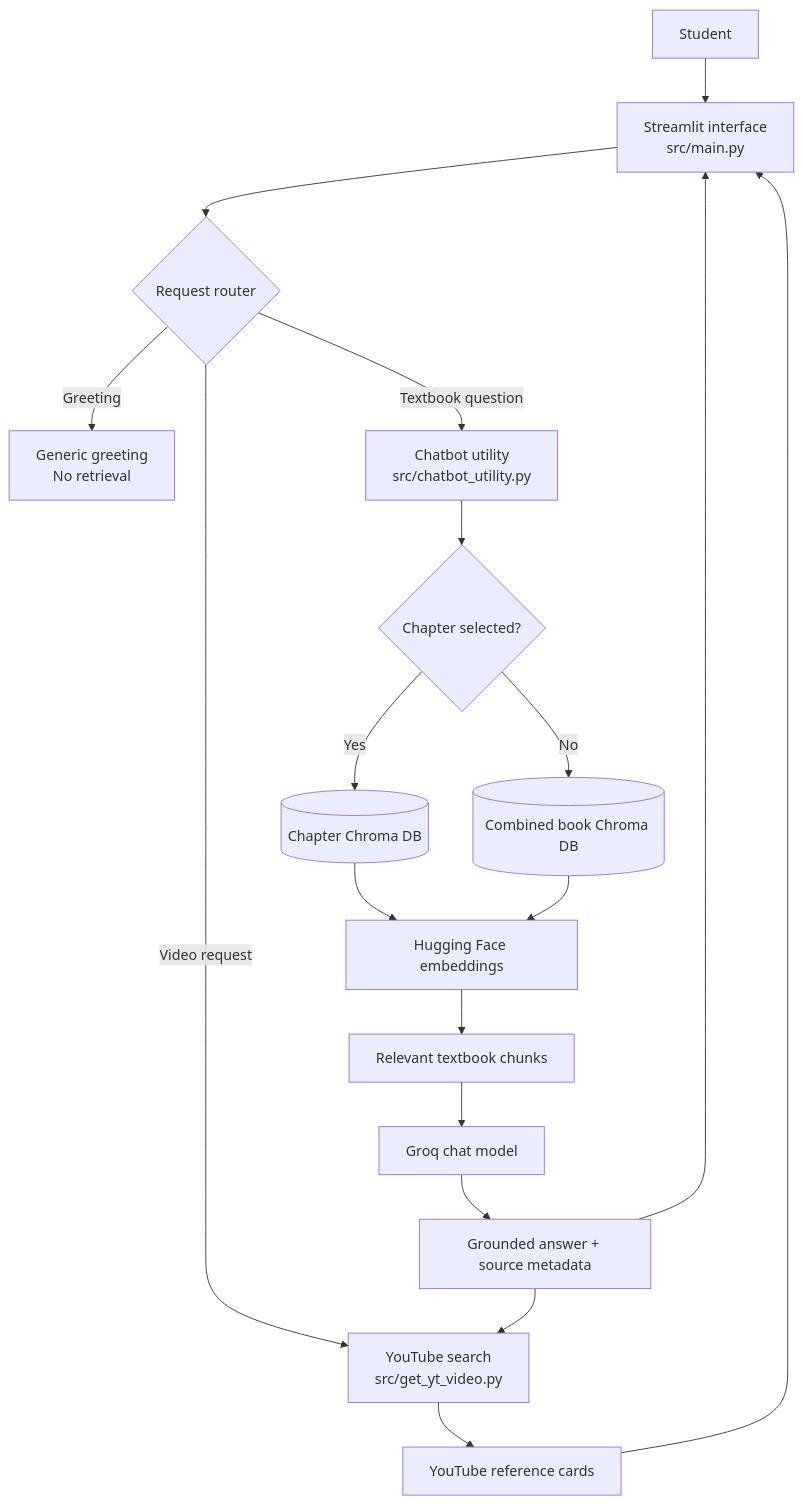
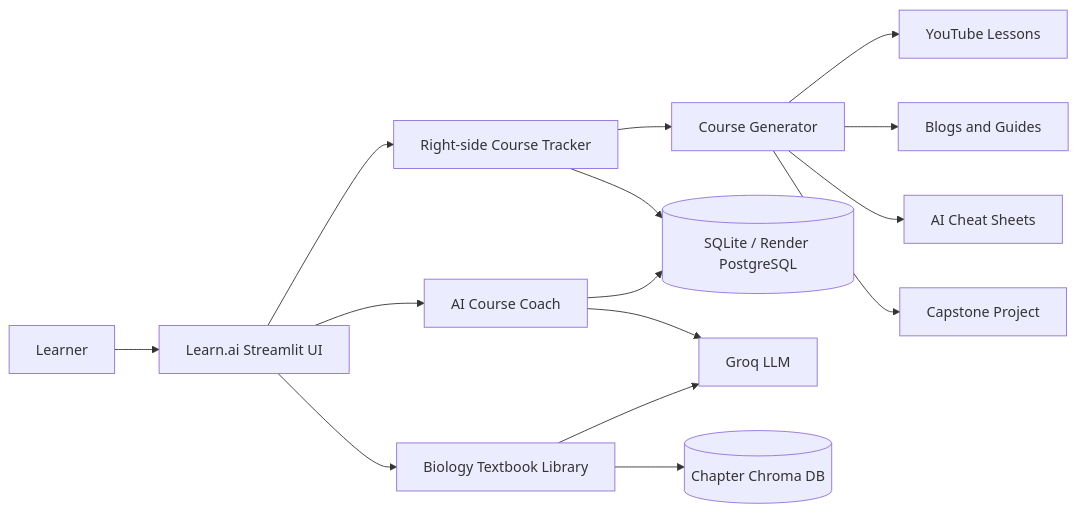
The diagram in README.md (mfslovely/project_StudyHere), drawn with Mermaid before and after one commit. The commit also changed other lines of this file and 8 other files, not shown here.

Commit message:
feat: transform Study Pal into Learn.ai course platform

````diff
--- a/README.md
+++ b/README.md
@@ -53,23 +21,19 @@
 ```mermaid
-flowchart TD
-    U[Student] --> UI[Streamlit interface<br/>src/main.py]
-    UI --> R{Request router}
+flowchart LR
+    U[Learner] --> UI[Learn.ai Streamlit UI]
+    UI --> C[AI Course Coach]
+    UI --> T[Right-side Course Tracker]
+    UI --> B[Biology Textbook Library]
 
-    R -->|Greeting| G[Generic greeting<br/>No retrieval]
-    R -->|Textbook question| C[Chatbot utility<br/>src/chatbot_utility.py]
-    R -->|Video request| Y[YouTube search<br/>src/get_yt_video.py]
+    T --> G[Course Generator]
+    G --> Y[YouTube Lessons]
+    G --> W[Blogs and Guides]
+    G --> S[AI Cheat Sheets]
+    G --> P[Capstone Project]
 
-    C --> S{Chapter selected?}
-    S -->|Yes| CD[(Chapter Chroma DB)]
-    S -->|No| BD[(Combined book Chroma DB)]
-    CD --> E[Hugging Face embeddings]
-    BD --> E
-    E --> D[Relevant textbook chunks]
-    D --> L[Groq chat model]
-    L --> A[Grounded answer + source metadata]
-    A --> UI
-
-    A --> Y
-    Y --> V[YouTube reference cards]
-    V --> UI
+    T --> DB[(SQLite / Render PostgreSQL)]
+    C --> L[Groq LLM]
+    C --> DB
+    B --> V[(Chapter Chroma DB)]
+    B --> L
 ```
````
